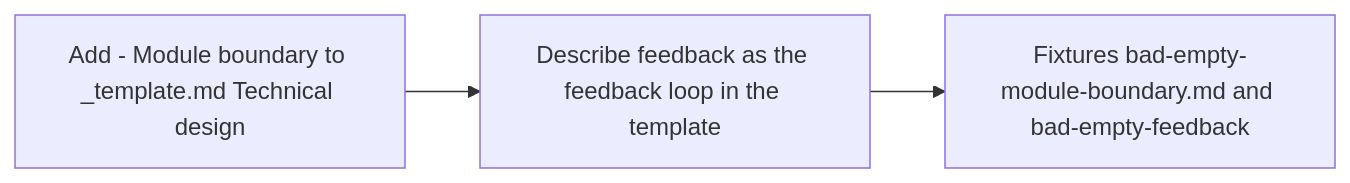
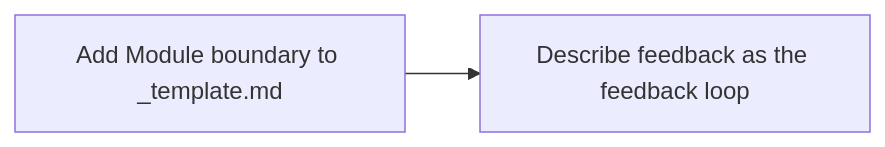
The second of 2 diagrams in docs/pbi/done/ARC08-module-boundary-feedback-loop.md (svennijhuis/agentic-workflows), drawn with Mermaid before and after one commit. The commit also changed other lines of this file and 986 other files, not shown here.

````diff
--- a/docs/pbi/done/ARC08-module-boundary-feedback-loop.md
+++ b/docs/pbi/done/ARC08-module-boundary-feedback-loop.md
@@ -53,8 +52,6 @@
 ```mermaid
 flowchart LR
-  S1[Add - Module boundary to _template.md Technical design]
-  S2[Describe feedback as the feedback loop in the template]
+  S1[Add Module boundary to _template.md]
+  S2[Describe feedback as the feedback loop]
   S1 --> S2
-  S3[Fixtures bad-empty-module-boundary.md and bad-empty-feedback]
-  S2 --> S3
 ```
````
